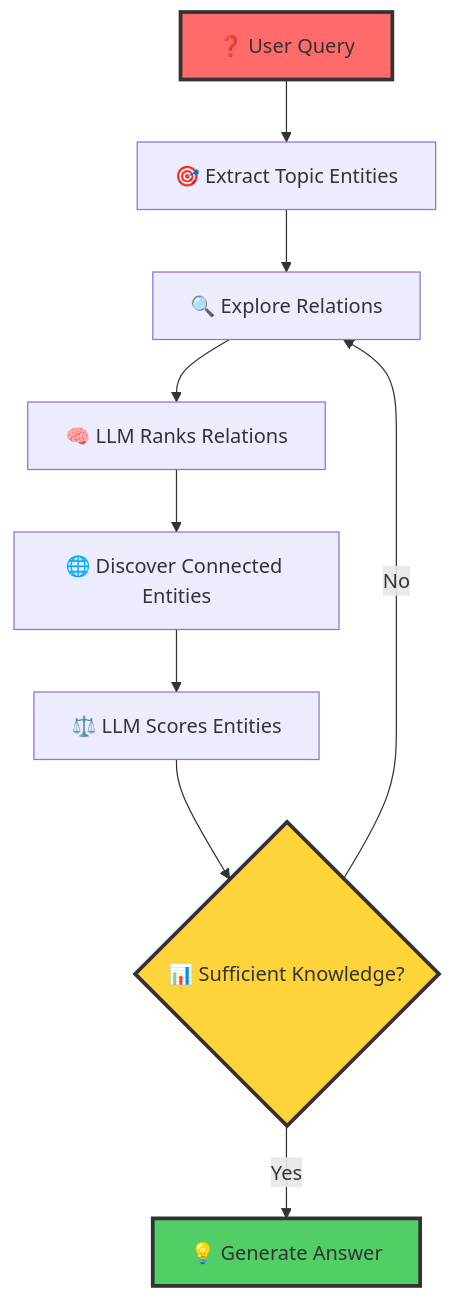
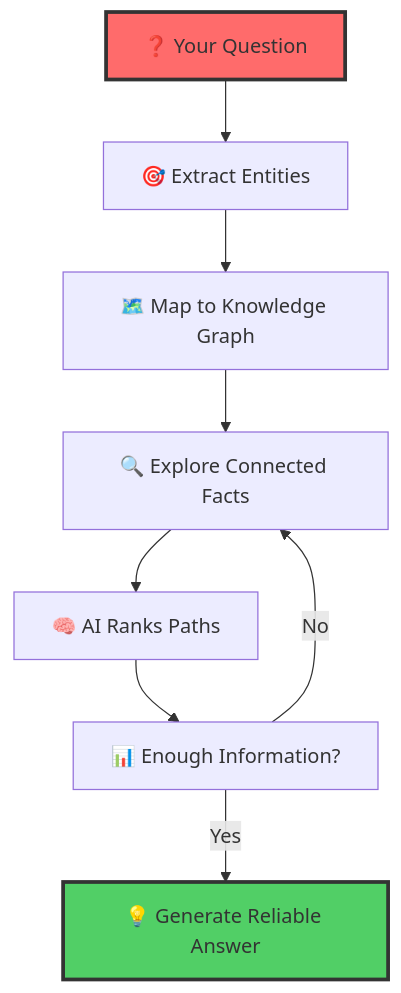
Before and after one commit to AkhileshMalthi/think-on-graph-agent: the diagram in README.md, drawn with Mermaid. The commit also changed other lines of this file, not shown here.

````diff
--- a/README.md
+++ b/README.md
@@ -40,15 +34,13 @@
 ```mermaid
 graph TD
-    A[❓ User Query] --> B[🎯 Extract Topic Entities]
-    B --> C[🔍 Explore Relations]
-    C --> D[🧠 LLM Ranks Relations]
-    D --> E[🌐 Discover Connected Entities] 
-    E --> F[⚖️ LLM Scores Entities]
-    F --> G{📊 Sufficient Knowledge?}
-    G -->|No| C
-    G -->|Yes| H[💡 Generate Answer]
+    A[❓ Your Question] --> B[🎯 Extract Entities]
+    B --> C[🗺️ Map to Knowledge Graph]
+    C --> D[🔍 Explore Connected Facts]
+    D --> E[🧠 AI Ranks Paths]
+    E --> F[📊 Enough Information?]
+    F -->|No| D
+    F -->|Yes| G[💡 Generate Reliable Answer]
     
     style A fill:#ff6b6b,stroke:#333,stroke-width:3px
-    style H fill:#51cf66,stroke:#333,stroke-width:3px
-    style G fill:#ffd43b,stroke:#333,stroke-width:3px
+    style G fill:#51cf66,stroke:#333,stroke-width:3px
 ```
````
